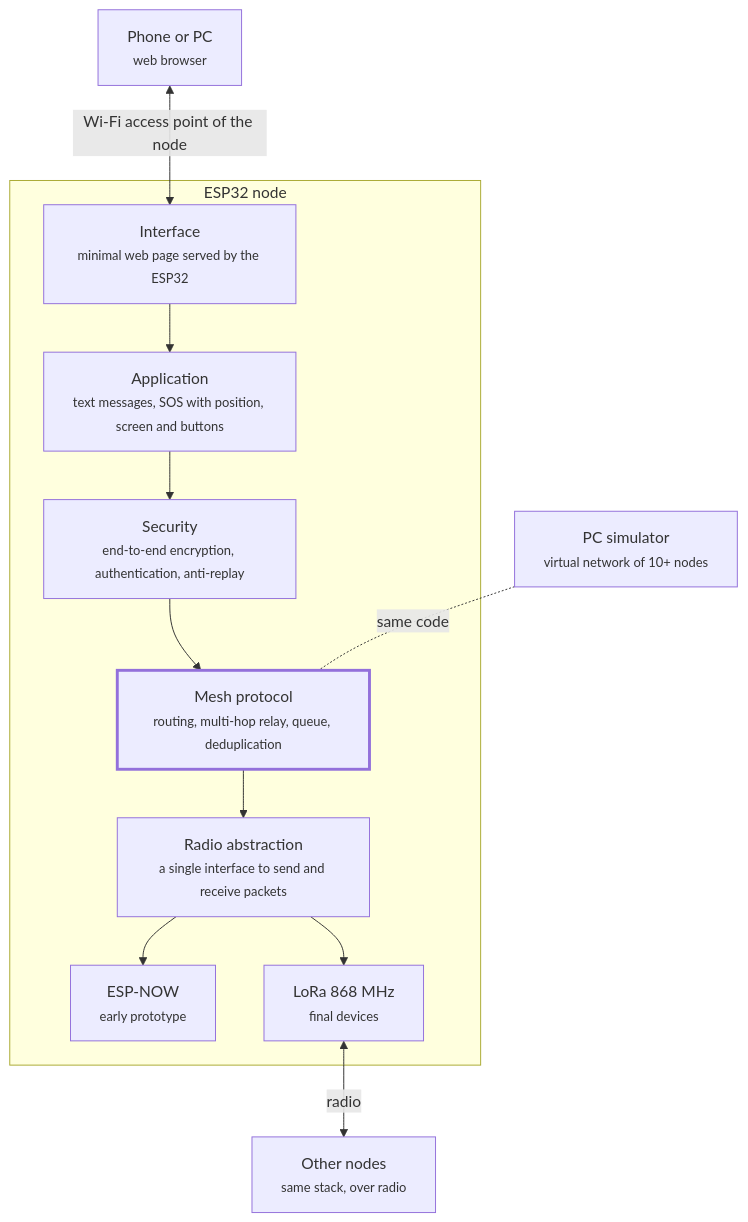
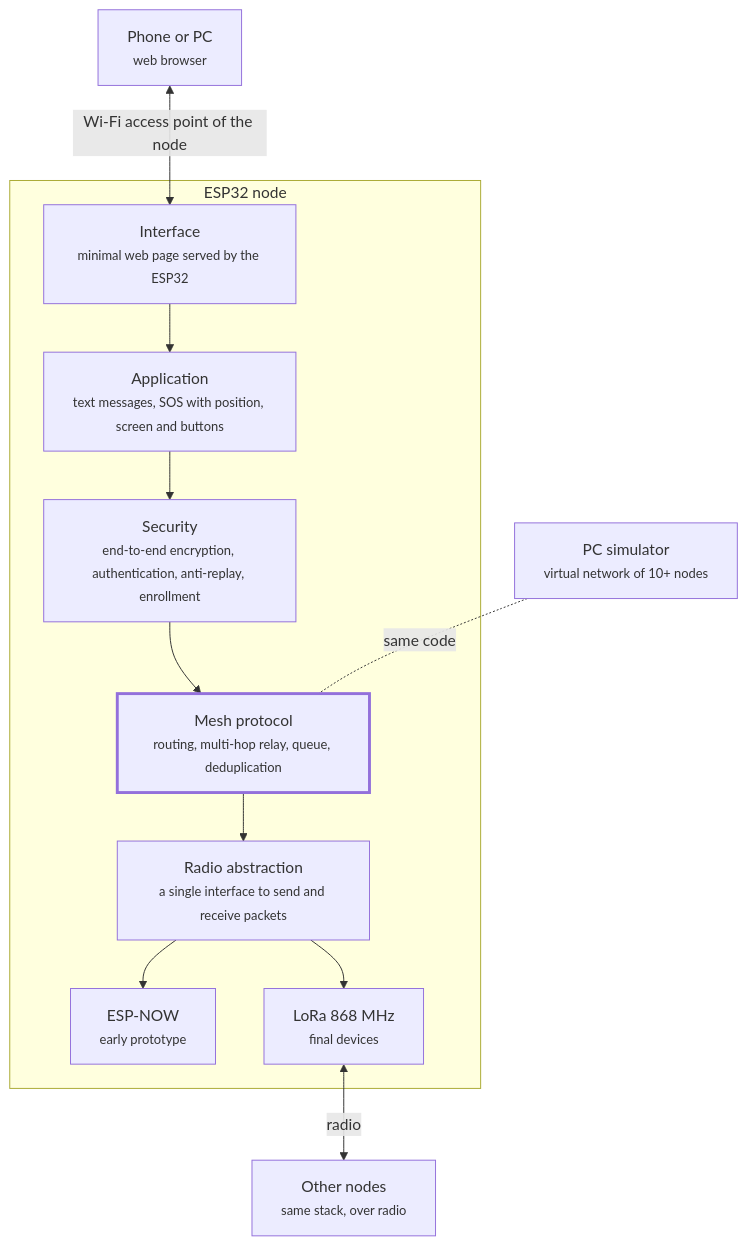
The first of 2 diagrams in docs/specification.md (emptydeepblue/42-open-project), drawn with Mermaid before and after one commit. The commit also changed other lines of this file and 1 other file, not shown here.

````diff
--- a/docs/specification.md
+++ b/docs/specification.md
@@ -39,27 +40,27 @@
 ```mermaid
 flowchart TB
     PHONE["Phone or PC<br/><small>web browser</small>"]
 
     subgraph NODE["ESP32 node"]
         UI["Interface<br/><small>minimal web page served by the ESP32</small>"]
         APP["Application<br/><small>text messages, SOS with position, screen and buttons</small>"]
-        SEC["Security<br/><small>end-to-end encryption, authentication, anti-replay</small>"]
+        SEC["Security<br/><small>end-to-end encryption, authentication, anti-replay, enrollment</small>"]
         MESH["Mesh protocol<br/><small>routing, multi-hop relay, queue, deduplication</small>"]
         RADIO["Radio abstraction<br/><small>a single interface to send and receive packets</small>"]
         ESPNOW["ESP-NOW<br/><small>early prototype</small>"]
         LORA["LoRa 868 MHz<br/><small>final devices</small>"]
 
         UI --> APP --> SEC --> MESH --> RADIO
         RADIO --> ESPNOW
         RADIO --> LORA
     end
 
     SIM["PC simulator<br/><small>virtual network of 10+ nodes</small>"]
     OTHERS["Other nodes<br/><small>same stack, over radio</small>"]
 
     PHONE <-->|Wi-Fi access point of the node| UI
     SIM -.-|same code| MESH
     LORA <-->|radio| OTHERS
 
     style MESH stroke-width:3px
 ```
````
